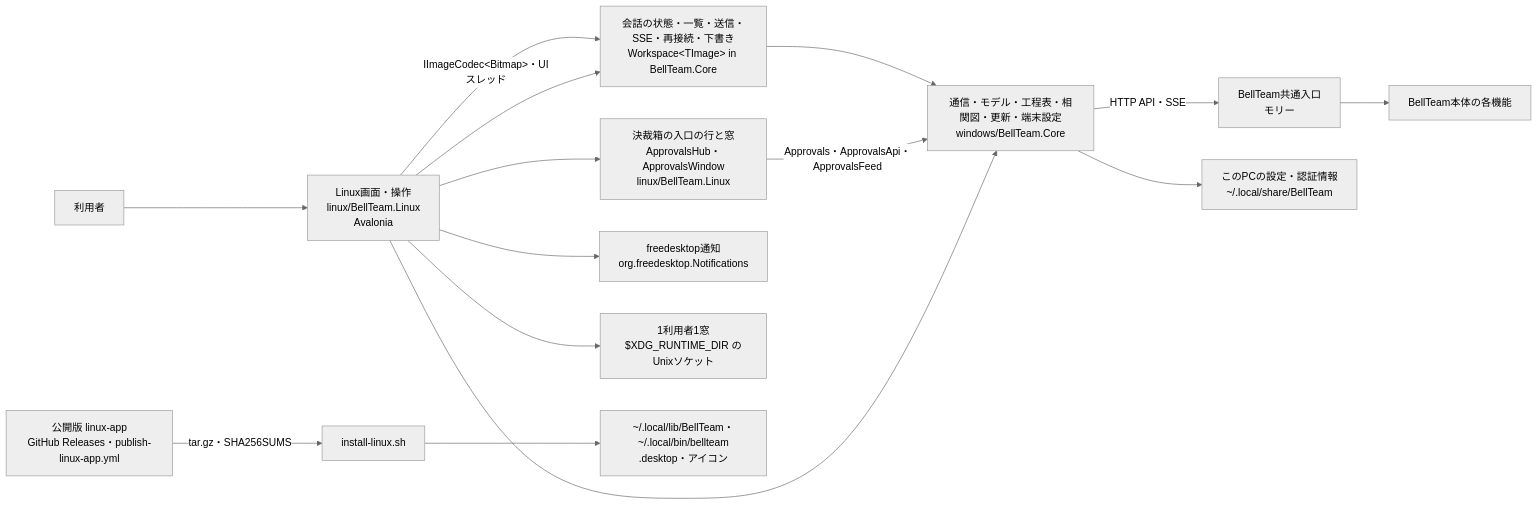
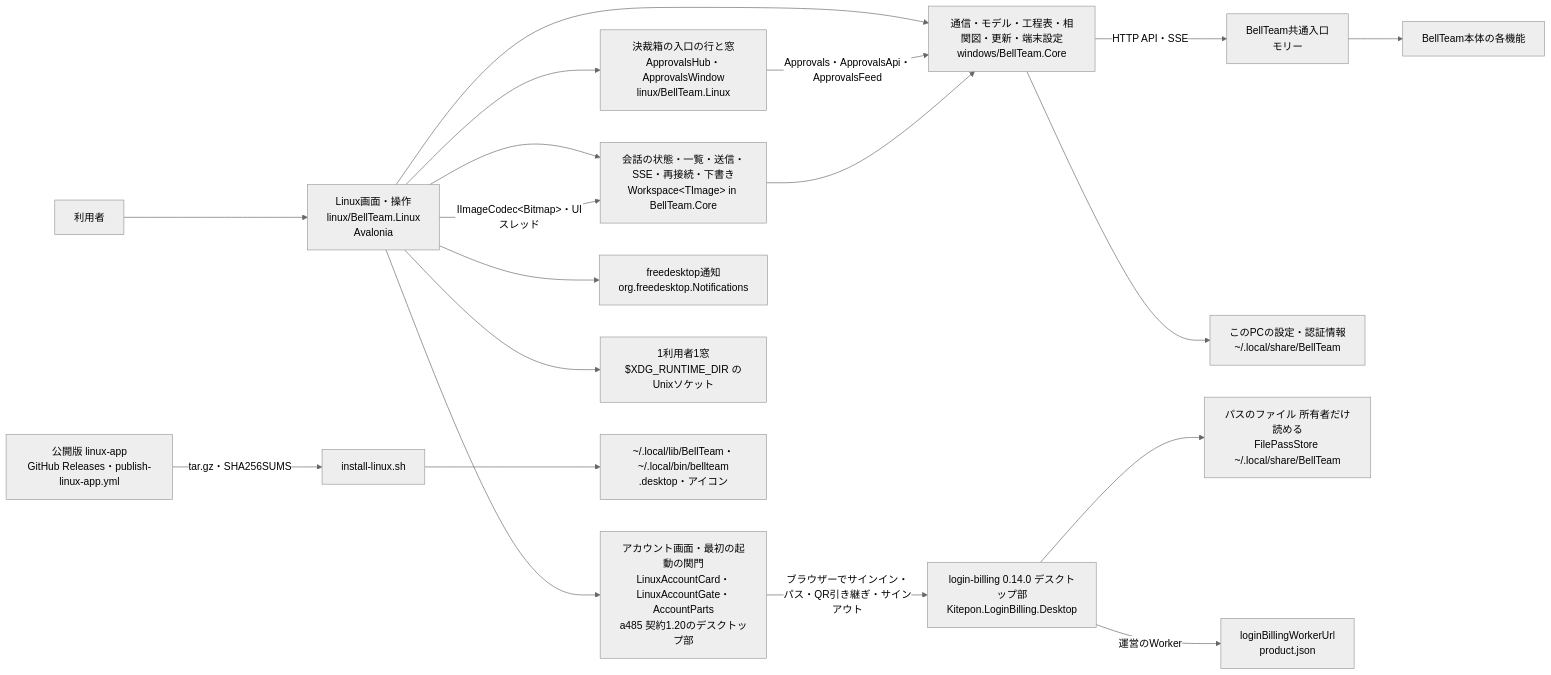
The first of 3 diagrams in docs/linux-architecture.md (kitepon/BellTeam), drawn with Mermaid (neutral theme) before and after one commit. The commit also changed other lines of this file and 17 other files, not shown here.

First line of the commit message:
a485 Linux: account card, first-run account gate and handoff QR on login-billing 0.14.0 (development release, do not ship)

````diff
--- a/docs/linux-architecture.md
+++ b/docs/linux-architecture.md
@@ -9,17 +9,21 @@
 ```mermaid
 flowchart LR
   user[利用者] --> ui[Linux画面・操作<br/>linux/BellTeam.Linux<br/>Avalonia]
   ui --> ws[会話の状態・一覧・送信・SSE・再接続・下書き<br/>Workspace&lt;TImage&gt; in BellTeam.Core]
   ui --> core[通信・モデル・工程表・相関図・更新・端末設定<br/>windows/BellTeam.Core]
   ui --> abx[決裁箱の入口の行と窓<br/>ApprovalsHub・ApprovalsWindow<br/>linux/BellTeam.Linux]
   abx -->|Approvals・ApprovalsApi・ApprovalsFeed| core
   ws --> core
   ui -->|IImageCodec&lt;Bitmap&gt;・UIスレッド| ws
   core -->|HTTP API・SSE| integration[BellTeam共通入口<br/>モリー]
   core --> local[このPCの設定・認証情報<br/>~/.local/share/BellTeam]
+  ui --> account[アカウント画面・最初の起動の関門<br/>LinuxAccountCard・LinuxAccountGate・AccountParts<br/>a485 契約1.20のデスクトップ部]
+  account -->|ブラウザーでサインイン・パス・QR引き継ぎ・サインアウト| lib[login-billing 0.14.0 デスクトップ部<br/>Kitepon.LoginBilling.Desktop]
+  lib --> pass[パスのファイル 所有者だけ読める<br/>FilePassStore ~/.local/share/BellTeam]
+  lib -->|運営のWorker| worker[loginBillingWorkerUrl<br/>product.json]
   ui --> notify[freedesktop通知<br/>org.freedesktop.Notifications]
   ui --> single[1利用者1窓<br/>$XDG_RUNTIME_DIR のUnixソケット]
   release[公開版 linux-app<br/>GitHub Releases・publish-linux-app.yml] -->|tar.gz・SHA256SUMS| install[install-linux.sh]
   install --> files[~/.local/lib/BellTeam・~/.local/bin/bellteam<br/>.desktop・アイコン]
   integration --> server[BellTeam本体の各機能]
 ```
````
